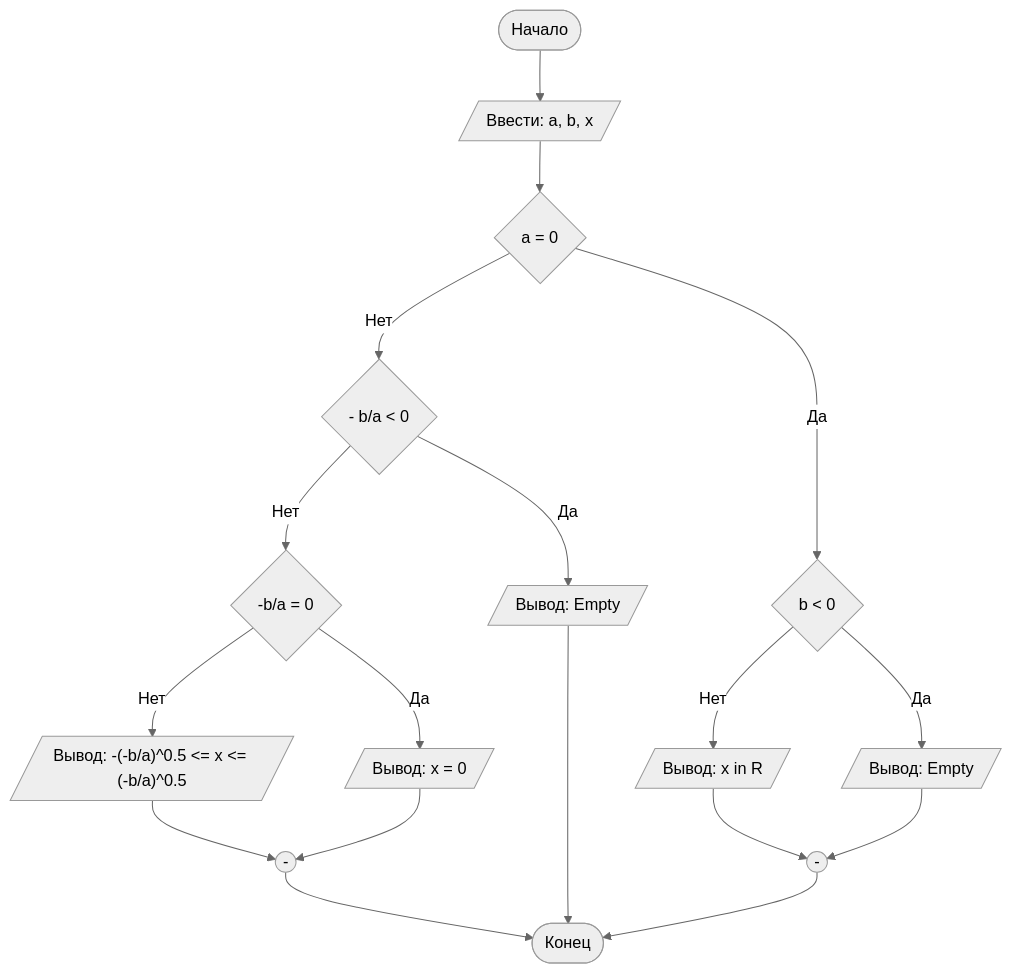
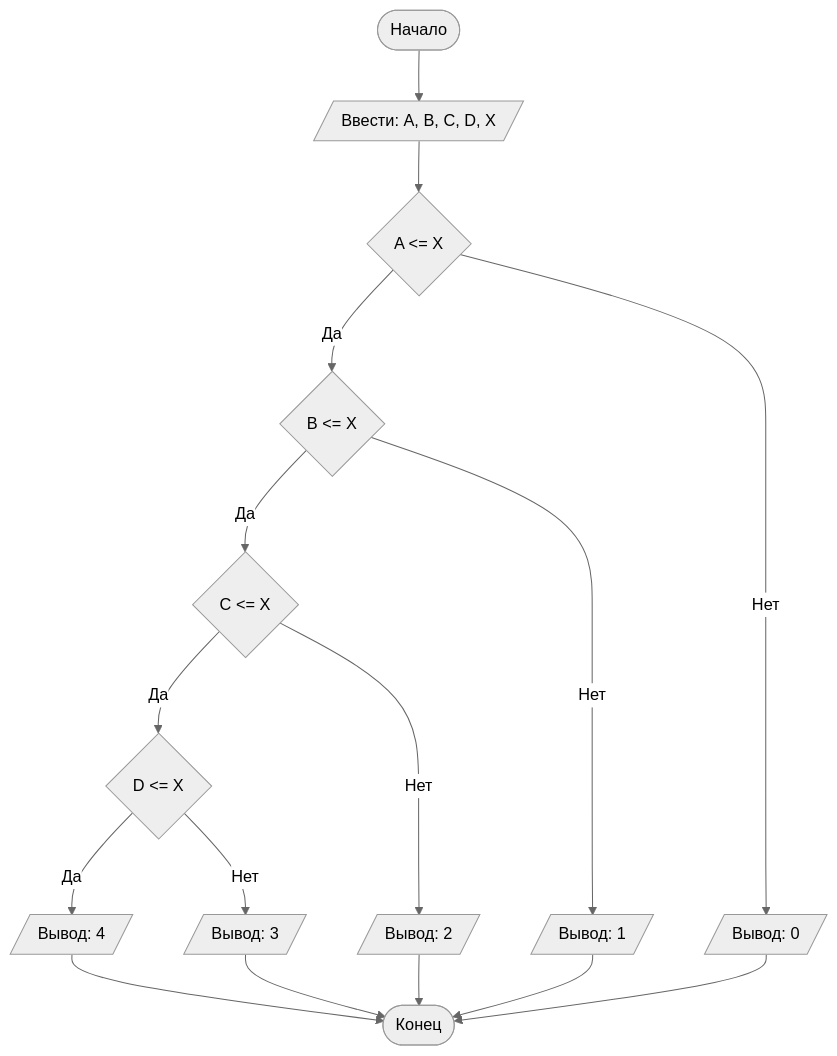
The diagram in README.md (vp080607/Lab1), drawn with Mermaid (neutral theme) before and after one commit. The commit also changed other lines of this file, not shown here.

````diff
--- a/README.md
+++ b/README.md
@@ -90,21 +72,19 @@
 ```mermaid
 graph TD
-    A([Начало]) --> B[/Ввести: a, b, x/]
-    B --> C{a = 0}
-    C -- Нет --> D{- b/a < 0}
-    D -- Нет --> E{"-b/a = 0"}
-    E -- Нет --> F[/"Вывод: -(-b/a)^0.5 <= x <= (-b/a)^0.5"/]
-    E -- Да --> G[/Вывод: x = 0/]
-    D -- Да --> H[/Вывод: Empty/]
-    C -- Да --> I{b < 0}
-    I -- Нет --> J[/Вывод: x in R/]
-    I -- Да --> K[/Вывод: Empty/]
-    J --> M(("-"))
-    K --> M
-    G --> L(("-"))
-    H ----> Z
-    F --> L
-    M --> Z
-    L --> Z([Конец])
+    A([Начало]) --> B[/Ввести: A, B, C, D, X/]
+    B --> C{A <= X}
+    C -- Да --> D{B <= X}
+    D -- Да --> E{C <= X}
+    E -- Да --> H{D <= X}
+    H -- Да --> O[/Вывод: 4/]
+    C -- Нет --> I[/Вывод: 0/]
+    D -- Нет --> K[/Вывод: 1/]
+    E -- Нет --> S[/Вывод: 2/]
+    H -- Нет --> M[/Вывод: 3/]
+    O --> Z
+    I --> Z
+    K --> Z
+    S --> Z
+    M --> Z([Конец])
 
 ```
````
